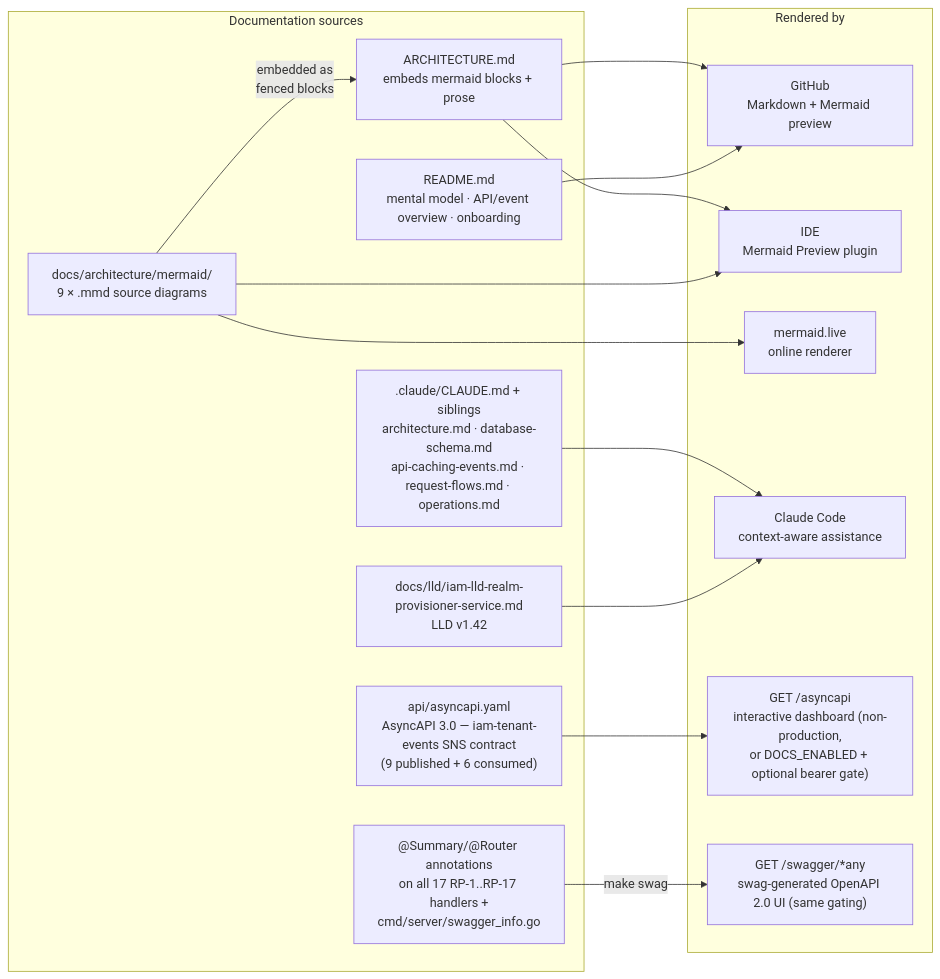
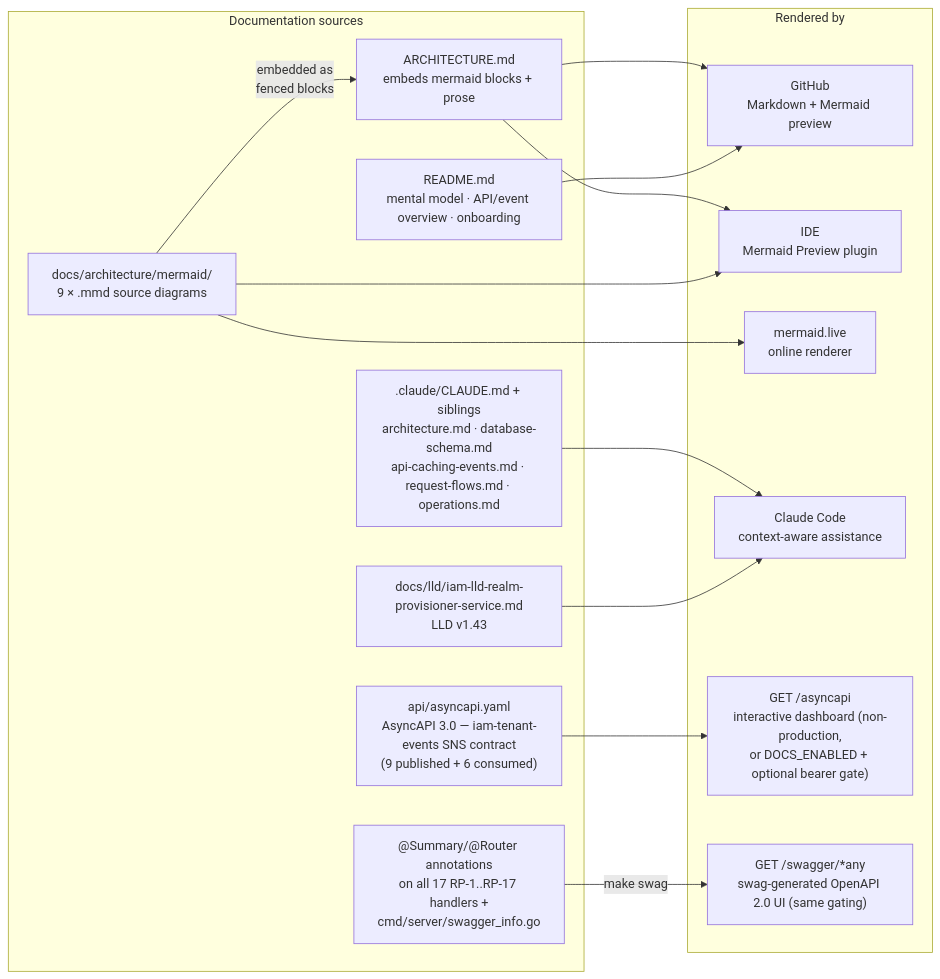
Before and after one commit to BCBP-SOLUTIONS-FZC-LLC/iam-realm-provisioner: the tenth of 10 diagrams in ARCHITECTURE.md, drawn with Mermaid. The commit also changed other lines of this file and 7 other files, not shown here.

````diff
--- a/ARCHITECTURE.md
+++ b/ARCHITECTURE.md
@@ -1075,30 +1075,30 @@
 ```mermaid
 graph LR
     subgraph sources["Documentation sources"]
         mmd["docs/architecture/mermaid/\n9 × .mmd source diagrams"]
         arch["ARCHITECTURE.md\nembeds mermaid blocks + prose"]
         claude[".claude/CLAUDE.md + siblings\narchitecture.md · database-schema.md\napi-caching-events.md · request-flows.md · operations.md"]
         readme["README.md\nmental model · API/event overview · onboarding"]
         asyncapi_yaml["api/asyncapi.yaml\nAsyncAPI 3.0 — iam-tenant-events SNS contract\n(9 published + 6 consumed)"]
         swag_annot["@Summary/@Router annotations\non all 17 RP-1..RP-17 handlers +\ncmd/server/swagger_info.go"]
-        lld["docs/lld/iam-lld-realm-provisioner-service.md\nLLD v1.42"]
+        lld["docs/lld/iam-lld-realm-provisioner-service.md\nLLD v1.43"]
     end
 
     subgraph rendered["Rendered by"]
         github["GitHub\nMarkdown + Mermaid preview"]
         ide["IDE\nMermaid Preview plugin"]
         live["mermaid.live\nonline renderer"]
         claude_ai["Claude Code\ncontext-aware assistance"]
         asyncapi_viewer["GET /asyncapi\ninteractive dashboard (non-production,\nor DOCS_ENABLED + optional bearer gate)"]
         swagger_ui["GET /swagger/*any\nswag-generated OpenAPI 2.0 UI (same gating)"]
     end
 
     mmd  -->|"embedded as\nfenced blocks"| arch
     arch --> github & ide
     mmd  --> live & ide
     claude --> claude_ai
     readme --> github
     lld --> claude_ai
     asyncapi_yaml --> asyncapi_viewer
     swag_annot -->|"make swag"| swagger_ui
 ```
````
